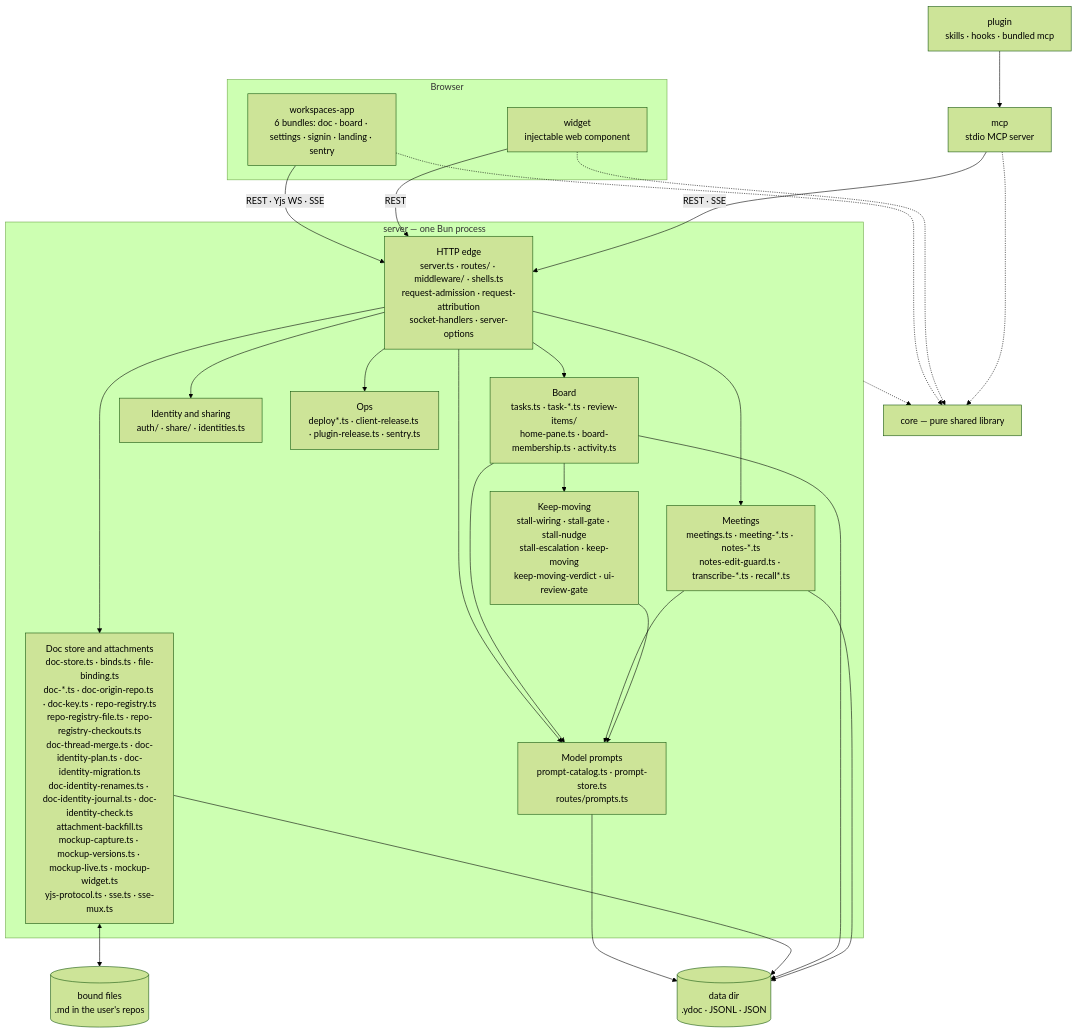
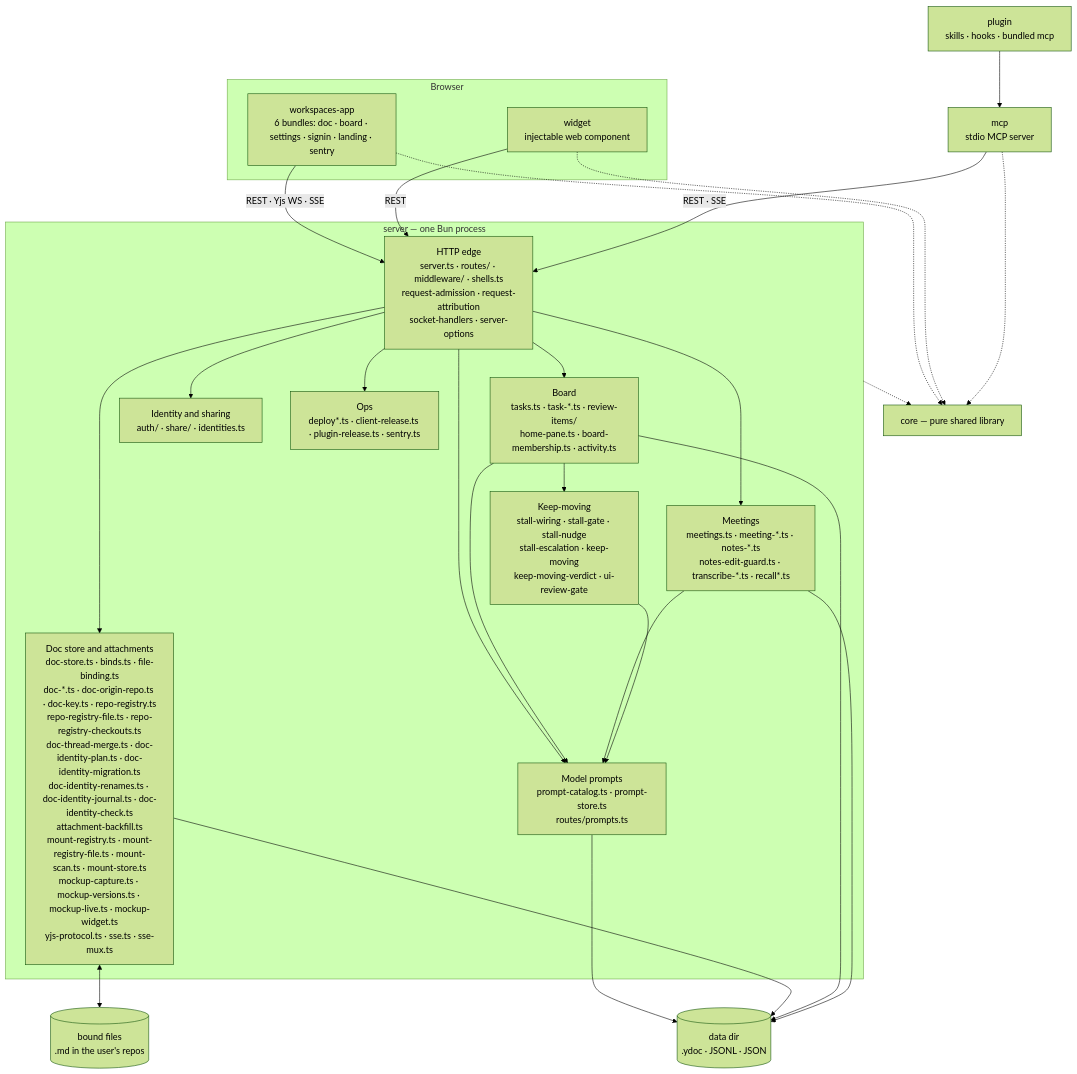
One commit to fryanpan/claude-workspaces-plugin changed the first of 2 diagrams in docs/architecture/overview.md. Above: the diagram before and after it, drawn with Mermaid (forest theme). The commit also changed other lines of this file and 5 other files, not shown here.

````diff
--- a/docs/architecture/overview.md
+++ b/docs/architecture/overview.md
@@ -45,35 +45,35 @@
 ```mermaid
 flowchart TB
   subgraph browser[Browser]
     app["workspaces-app<br/>6 bundles: doc · board · settings · signin · landing · sentry"]
     wid["widget<br/>injectable web component"]
   end
   plug["plugin<br/>skills · hooks · bundled mcp"]
   mcp["mcp<br/>stdio MCP server"]
   subgraph srv["server — one Bun process"]
     edge["HTTP edge<br/>server.ts · routes/ · middleware/ · shells.ts<br/>request-admission · request-attribution<br/>socket-handlers · server-options"]
-    docs["Doc store and attachments<br/>doc-store.ts · binds.ts · file-binding.ts<br/>doc-*.ts · doc-origin-repo.ts · doc-key.ts · repo-registry.ts<br/>repo-registry-file.ts · repo-registry-checkouts.ts<br/>doc-thread-merge.ts · doc-identity-plan.ts · doc-identity-migration.ts<br/>doc-identity-renames.ts · doc-identity-journal.ts · doc-identity-check.ts<br/>attachment-backfill.ts<br/>mockup-capture.ts · mockup-versions.ts · mockup-live.ts · mockup-widget.ts<br/>yjs-protocol.ts · sse.ts · sse-mux.ts"]
+    docs["Doc store and attachments<br/>doc-store.ts · binds.ts · file-binding.ts<br/>doc-*.ts · doc-origin-repo.ts · doc-key.ts · repo-registry.ts<br/>repo-registry-file.ts · repo-registry-checkouts.ts<br/>doc-thread-merge.ts · doc-identity-plan.ts · doc-identity-migration.ts<br/>doc-identity-renames.ts · doc-identity-journal.ts · doc-identity-check.ts<br/>attachment-backfill.ts<br/>mount-registry.ts · mount-registry-file.ts · mount-scan.ts · mount-store.ts<br/>mockup-capture.ts · mockup-versions.ts · mockup-live.ts · mockup-widget.ts<br/>yjs-protocol.ts · sse.ts · sse-mux.ts"]
     board["Board<br/>tasks.ts · task-*.ts · review-items/<br/>home-pane.ts · board-membership.ts · activity.ts"]
     meet["Meetings<br/>meetings.ts · meeting-*.ts · notes-*.ts<br/>notes-edit-guard.ts · transcribe-*.ts · recall*.ts"]
     keep["Keep-moving<br/>stall-wiring · stall-gate · stall-nudge<br/>stall-escalation · keep-moving<br/>keep-moving-verdict · ui-review-gate"]
     ident["Identity and sharing<br/>auth/ · share/ · identities.ts"]
     prompts["Model prompts<br/>prompt-catalog.ts · prompt-store.ts<br/>routes/prompts.ts"]
     ops["Ops<br/>deploy*.ts · client-release.ts · plugin-release.ts · sentry.ts"]
   end
   core["core — pure shared library"]
   disk[("data dir<br/>.ydoc · JSONL · JSON")]
   files[("bound files<br/>.md in the user's repos")]
 
   app -->|"REST · Yjs WS · SSE"| edge
   wid -->|REST| edge
   plug --> mcp
   mcp -->|"REST · SSE"| edge
   edge --> docs & board & meet & ident & ops & prompts
   board & meet & keep --> prompts
   prompts --> disk
   board --> keep
   docs <--> files
   docs & board & meet --> disk
   app & wid & mcp -.-> core
   srv -.-> core
 ```
````
